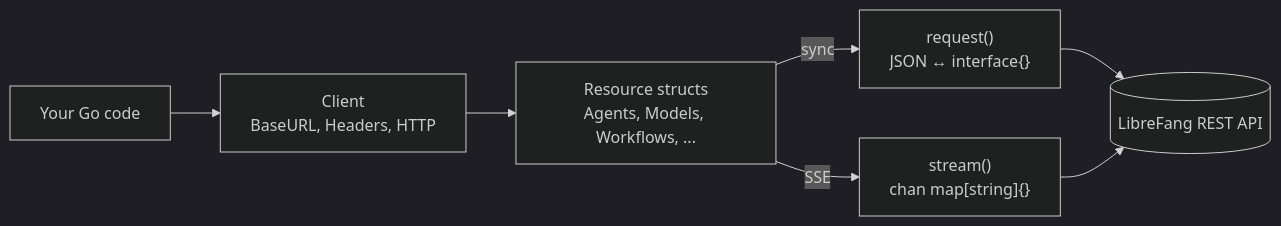
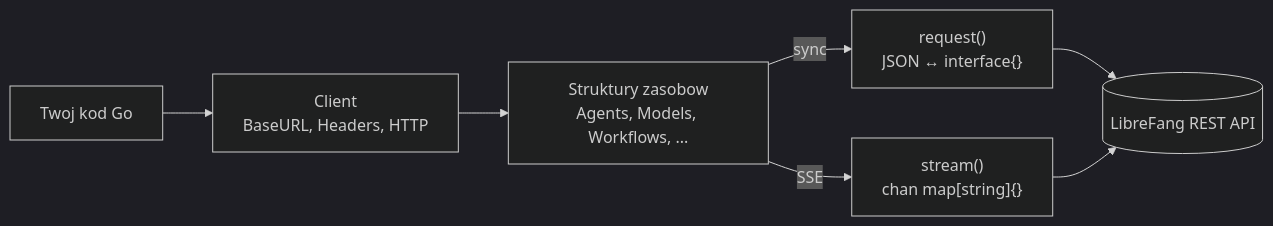
One commit to leszek3737/librefang-WIki changed the diagram in sdk-go.md. Above: the diagram before and after it, drawn with Mermaid (dark theme). The commit also changed other lines of this file and 104 other files, not shown here.

````diff
--- a/sdk-go.md
+++ b/sdk-go.md
@@ -24,9 +24,9 @@
 ```mermaid
 flowchart LR
-    App[Your Go code] --> Client
-    Client["Client<br/>BaseURL, Headers, HTTP"] --> Res["Resource structs<br/>Agents, Models, Workflows, ..."]
+    App[Twoj kod Go] --> Client
+    Client["Client<br/>BaseURL, Headers, HTTP"] --> Res["Struktury zasobow<br/>Agents, Models, Workflows, ..."]
     Res -->|sync| Request["request()<br/>JSON ↔ interface{}"]
     Res -->|SSE| Stream["stream()<br/>chan map[string]{}"]
     Request --> API[(LibreFang REST API)]
     Stream --> API
 ```
````
